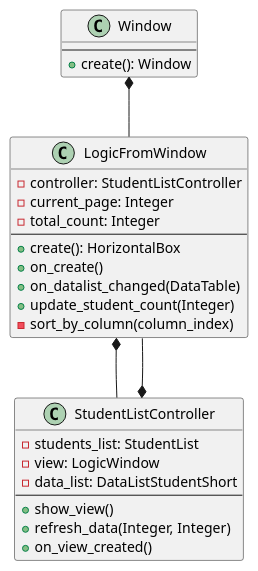
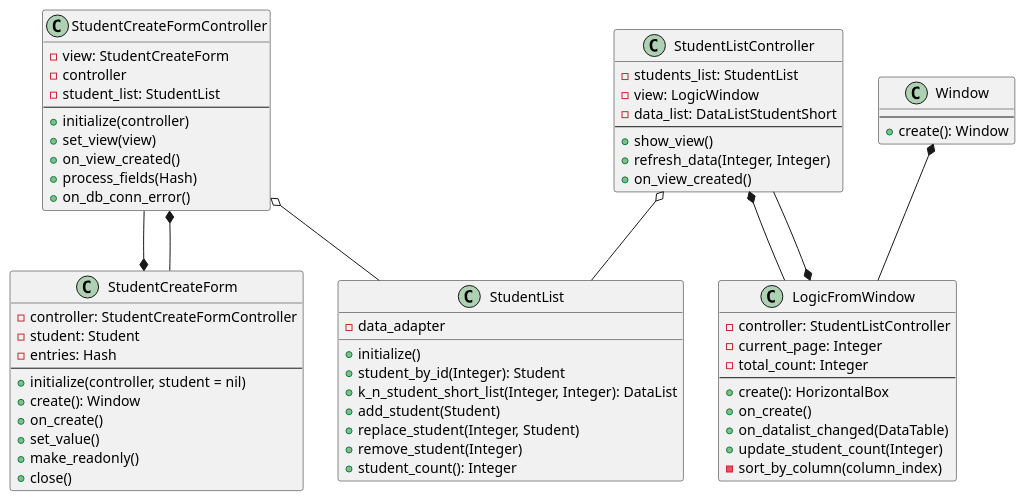
One commit to yellowcat-dotcom/Ruby changed the diagram in Lab_2/Diagrams/MVC.puml. Above: the diagram before and after it, drawn with PlantUML. The commit also changed 4 other files, not shown here.

```diff
--- a/Lab_2/Diagrams/MVC.puml
+++ b/Lab_2/Diagrams/MVC.puml
@@ -1,34 +1,79 @@
 @startuml
 'https://plantuml.com/class-diagram
 
 class Window {
      --
      +create(): Window
  }
+
+class StudentCreateForm {
+    -controller: StudentCreateFormController
+    -student: Student
+    -entries: Hash
+    --
+    +initialize(controller, student = nil)
+    +create(): Window
+    +on_create()
+    +set_value()
+    +make_readonly()
+    +close()
+}
+
+class StudentList {
+-data_adapter
+     +initialize()
+     +student_by_id(Integer): Student
+     +k_n_student_short_list(Integer, Integer): DataList
+     +add_student(Student)
+     +replace_student(Integer, Student)
+     +remove_student(Integer)
+     +student_count(): Integer
+}
+
+
+class StudentCreateFormController {
+    -view: StudentCreateForm
+    -controller
+    -student_list: StudentList
+    --
+    +initialize(controller)
+    +set_view(view)
+    +on_view_created()
+    +process_fields(Hash)
+    +on_db_conn_error()
+}
+
 
  class LogicFromWindow {
      -controller: StudentListController
      -current_page: Integer
      -total_count: Integer
      --
      +create(): HorizontalBox
      +on_create()
      +on_datalist_changed(DataTable)
      +update_student_count(Integer)
      -sort_by_column(column_index)
  }
 
  class StudentListController {
      -students_list: StudentList
      -view: LogicWindow
      -data_list: DataListStudentShort
      --
      +show_view()
      +refresh_data(Integer, Integer)
      +on_view_created()
  }
 
+
+StudentCreateForm *-u- StudentCreateFormController
+StudentCreateFormController *-- StudentCreateForm
+StudentCreateFormController o-- StudentList
+StudentListController o-- StudentList
+
+
  Window *-- LogicFromWindow
  LogicFromWindow *-- StudentListController
  StudentListController *-- LogicFromWindow
 @enduml
```
